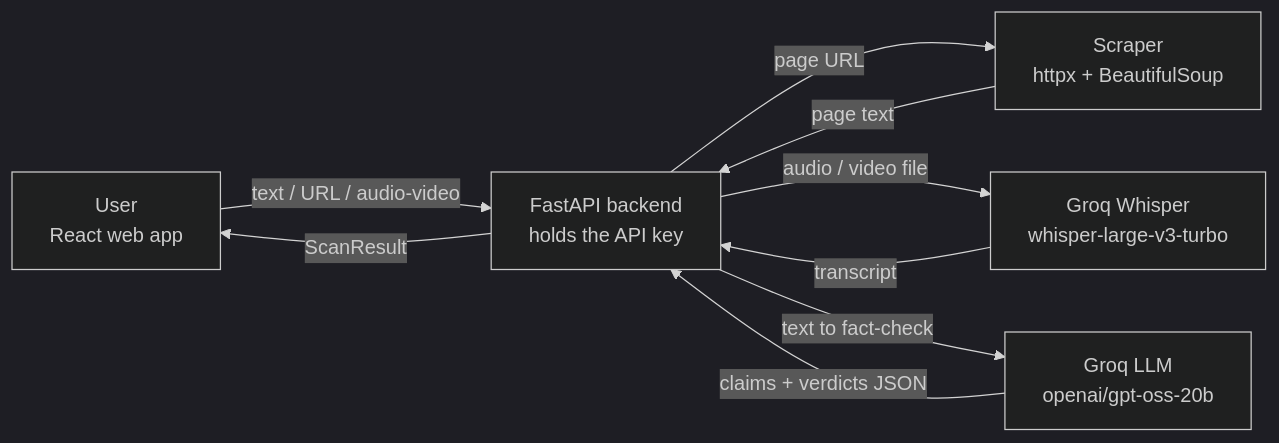
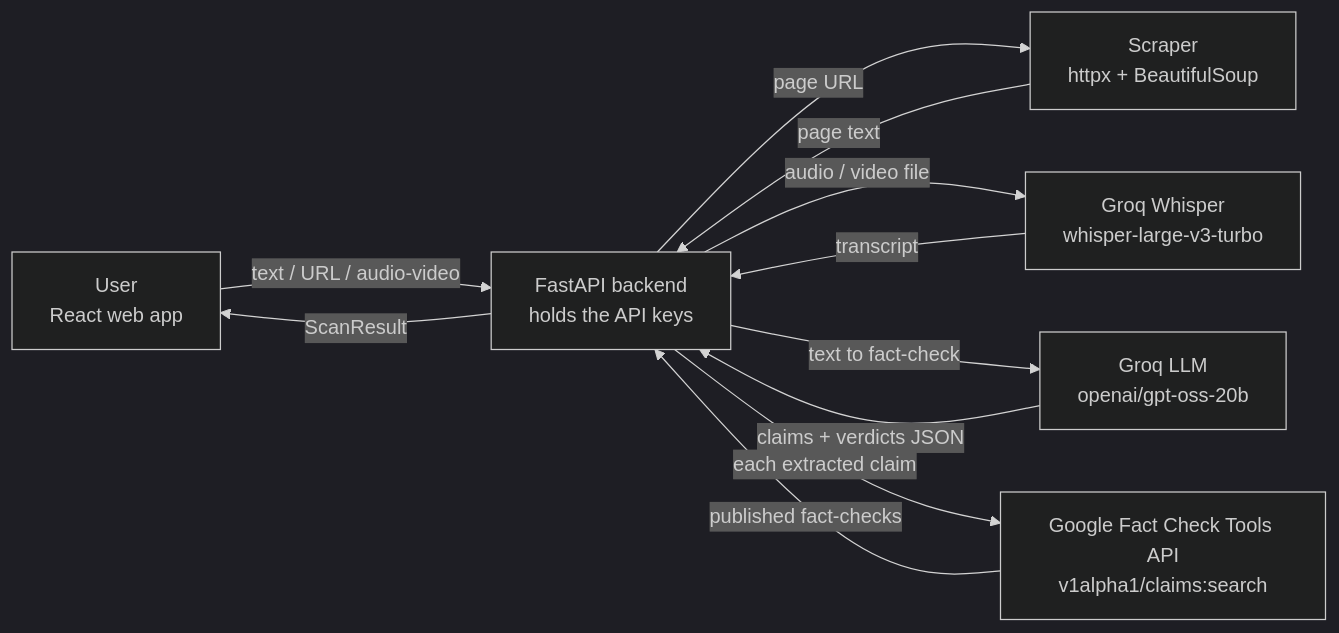
The diagram in doc/ARCHITECTURE.md (Denay2468/TruthLens), drawn with Mermaid (dark theme) before and after one commit. The commit also changed other lines of this file and 9 other files, not shown here.

Commit message:
feat(backend): integrate Google Fact Check Tools API (TL-16)

````diff
--- a/doc/ARCHITECTURE.md
+++ b/doc/ARCHITECTURE.md
@@ -7,11 +7,13 @@
 ```mermaid
 flowchart LR
-    U[User<br/>React web app] -->|text / URL / audio-video| B[FastAPI backend<br/>holds the API key]
+    U[User<br/>React web app] -->|text / URL / audio-video| B[FastAPI backend<br/>holds the API keys]
     B -->|page URL| S[Scraper<br/>httpx + BeautifulSoup]
     S -->|page text| B
     B -->|audio / video file| W[Groq Whisper<br/>whisper-large-v3-turbo]
     W -->|transcript| B
     B -->|text to fact-check| G[Groq LLM<br/>openai/gpt-oss-20b]
     G -->|claims + verdicts JSON| B
+    B -->|each extracted claim| FC[Google Fact Check Tools API<br/>v1alpha1/claims:search]
+    FC -->|published fact-checks| B
     B -->|ScanResult| U
 ```
````
